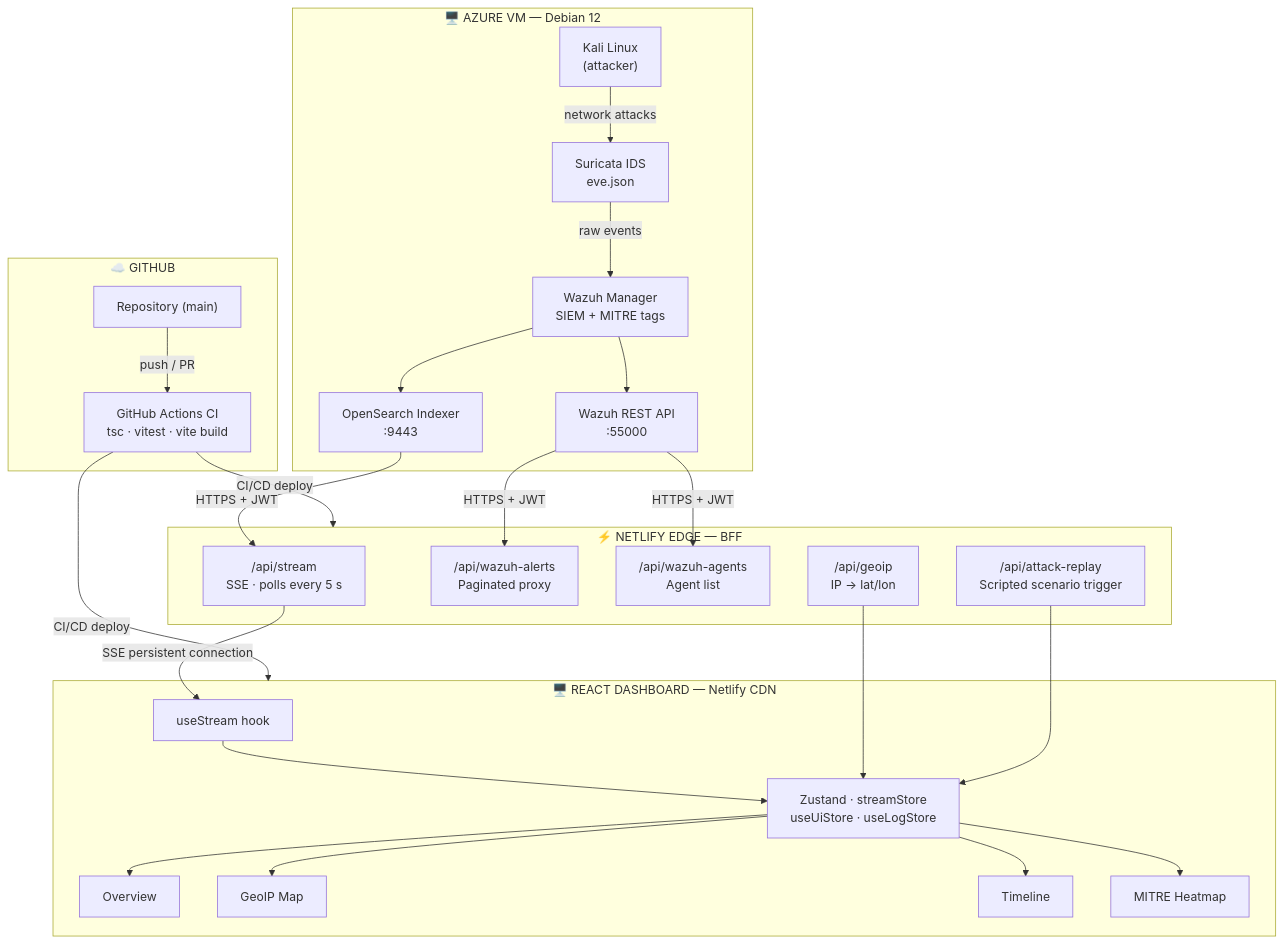
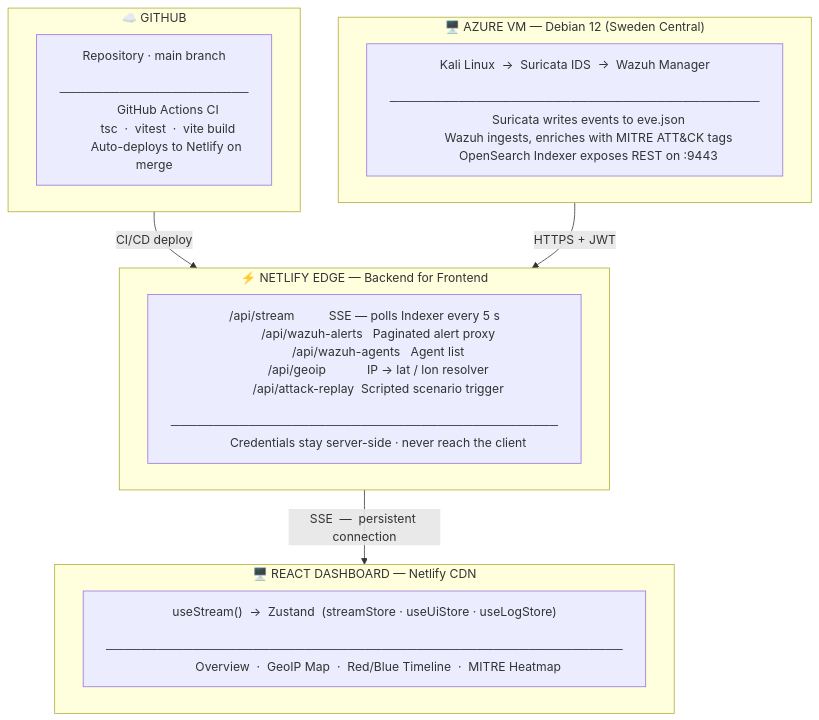
The diagram in README.md (Asttr0/tracks4hacks), drawn with Mermaid before and after one commit.

Commit message:
docs: simplify Mermaid architecture to clean 4-layer diamond layout

````diff
--- a/README.md
+++ b/README.md
@@ -58,39 +58,38 @@
 ```mermaid
 flowchart TD
-    subgraph GH["☁️ GITHUB"]
-        REPO["Repository (main)"] -->|"push / PR"| CI["GitHub Actions CI\ntsc · vitest · vite build"]
+    subgraph GH["☁️  GITHUB"]
+        G["Repository · main branch
+        ──────────────────────
+        GitHub Actions CI
+        tsc  ·  vitest  ·  vite build
+        Auto-deploys to Netlify on merge"]
     end
 
-    subgraph AZ["🖥️ AZURE VM — Debian 12"]
-        KALI["Kali Linux\n(attacker)"] -->|"network attacks"| SUR["Suricata IDS\neve.json"]
-        SUR -->|"raw events"| WAZ["Wazuh Manager\nSIEM + MITRE tags"]
-        WAZ --> IDX["OpenSearch Indexer\n:9443"]
-        WAZ --> API["Wazuh REST API\n:55000"]
+    subgraph AZ["🖥️  AZURE VM — Debian 12  (Sweden Central)"]
+        A["Kali Linux  →  Suricata IDS  →  Wazuh Manager
+        ───────────────────────────────────────────
+        Suricata writes events to eve.json
+        Wazuh ingests, enriches with MITRE ATT&CK tags
+        OpenSearch Indexer exposes REST on :9443"]
     end
 
-    subgraph BFF["⚡ NETLIFY EDGE — BFF"]
-        S1["/api/stream\nSSE · polls every 5 s"]
-        S2["/api/wazuh-alerts\nPaginated proxy"]
-        S3["/api/wazuh-agents\nAgent list"]
-        S4["/api/geoip\nIP → lat/lon"]
-        S5["/api/attack-replay\nScripted scenario trigger"]
+    subgraph BFF["⚡  NETLIFY EDGE — Backend for Frontend"]
+        B["/api/stream          SSE — polls Indexer every 5 s
+        /api/wazuh-alerts   Paginated alert proxy
+        /api/wazuh-agents   Agent list
+        /api/geoip            IP → lat / lon resolver
+        /api/attack-replay  Scripted scenario trigger
+        ─────────────────────────────────────────────
+        Credentials stay server-side · never reach the client"]
     end
 
-    subgraph DASH["🖥️ REACT DASHBOARD — Netlify CDN"]
-        HOOK["useStream hook"]
-        STORE["Zustand · streamStore\nuseUiStore · useLogStore"]
-        HOOK --> STORE
-        STORE --> OV["Overview"]
-        STORE --> GEO["GeoIP Map"]
-        STORE --> TL["Timeline"]
-        STORE --> MIT["MITRE Heatmap"]
+    subgraph DASH["🖥️  REACT DASHBOARD — Netlify CDN"]
+        D["useStream()  →  Zustand  (streamStore · useUiStore · useLogStore)
+        ────────────────────────────────────────────────────────────
+        Overview  ·  GeoIP Map  ·  Red/Blue Timeline  ·  MITRE Heatmap"]
     end
 
-    CI -->|"CI/CD deploy"| BFF
-    CI -->|"CI/CD deploy"| DASH
-    IDX -->|"HTTPS + JWT"| S1
-    API -->|"HTTPS + JWT"| S2
-    API -->|"HTTPS + JWT"| S3
-    S1 -->|"SSE persistent connection"| HOOK
-    S4 & S5 --> STORE
+    GH  -->|"CI/CD deploy"| BFF
+    AZ  -->|"HTTPS + JWT"| BFF
+    BFF -->|"SSE  —  persistent connection"| DASH
 ```
````
